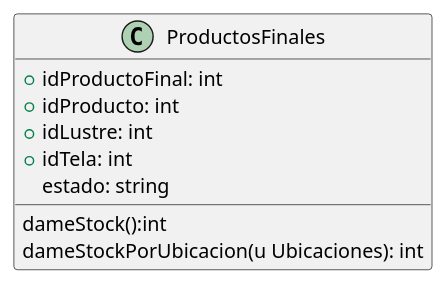
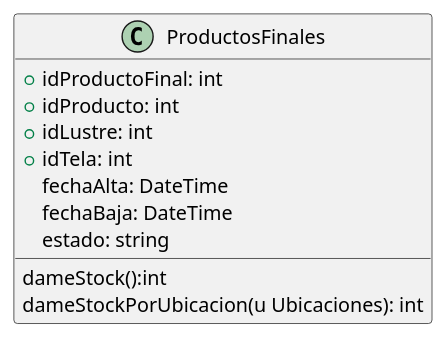
One commit to ZMGestion/DocumentacionZMGestion changed the diagram in DiagramaClases/Clases/ProductosFinales.puml. Above: the diagram before and after it, drawn with PlantUML. The commit also changed 21 other files, not shown here.

Commit message:
Cambios en atributos y metodos diagrama de clases

```diff
--- a/DiagramaClases/Clases/ProductosFinales.puml
+++ b/DiagramaClases/Clases/ProductosFinales.puml
@@ -1,14 +1,16 @@
 @startuml ProductosFinales
 class ProductosFinales{
     +idProductoFinal: int   
     +idProducto: int
     +idLustre: int
     +idTela: int
+    fechaAlta: DateTime
+    fechaBaja: DateTime
     estado: string
 
     dameStock():int
     dameStockPorUbicacion(u Ubicaciones): int
 
     
 }
 @enduml
```
